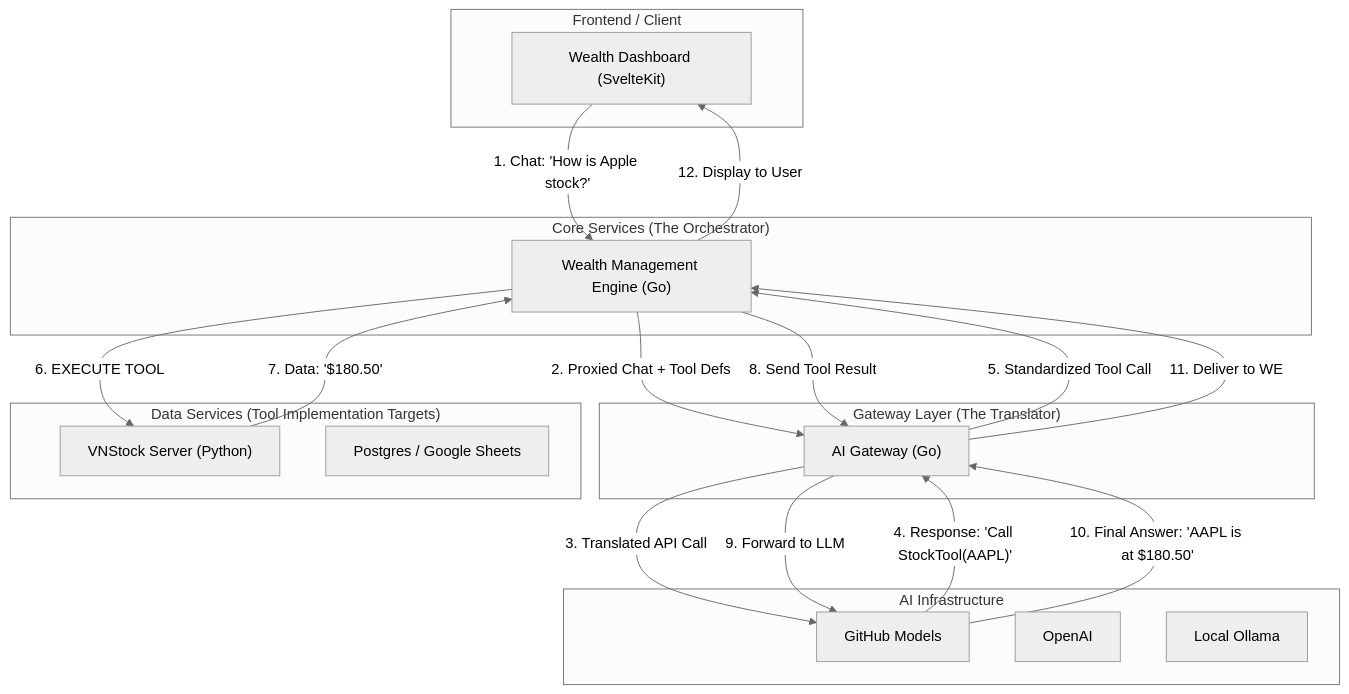
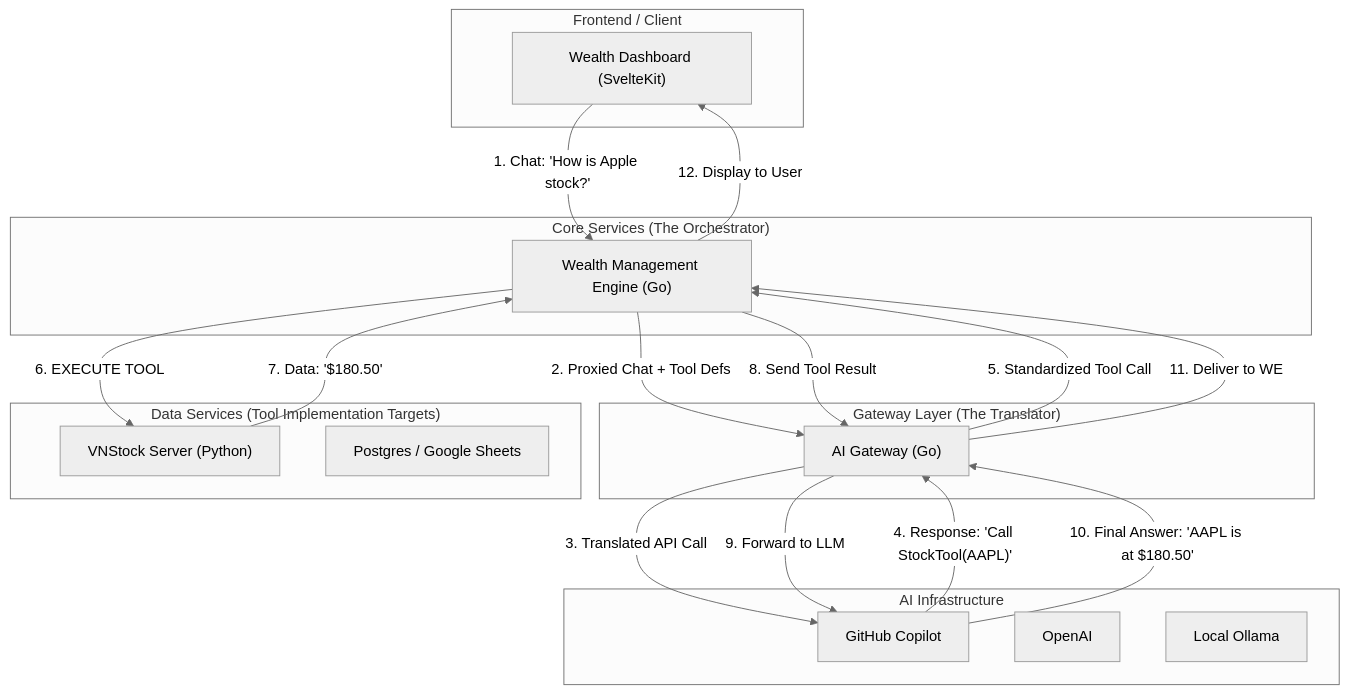
One commit to destngx/monorepo changed the diagram in docs/ai-gateway/tools/diagrams/system-architecture.md. Above: the diagram before and after it, drawn with Mermaid (neutral theme). The commit also changed 11 other files, not shown here.

Commit message:
feat(ai-gateway): add Claude Code probe and retire GitHub Models

````diff
--- a/docs/ai-gateway/tools/diagrams/system-architecture.md
+++ b/docs/ai-gateway/tools/diagrams/system-architecture.md
@@ -3,42 +3,42 @@
 ```mermaid
 graph TD
     subgraph "Frontend / Client"
         UI["Wealth Dashboard (SvelteKit)"]
     end
 
     subgraph "Core Services (The Orchestrator)"
         WE["Wealth Management Engine (Go)"]
     end
 
     subgraph "Gateway Layer (The Translator)"
         AG["AI Gateway (Go)"]
     end
 
     subgraph "Data Services (Tool Implementation Targets)"
         VN["VNStock Server (Python)"]
         DB["Postgres / Google Sheets"]
     end
 
     subgraph "AI Infrastructure"
-        GH["GitHub Models"]
+        GH["GitHub Copilot"]
         OI["OpenAI"]
         OL["Local Ollama"]
     end
 
     %% Communication Flow
     UI -- "1. Chat: 'How is Apple stock?'" --> WE
     WE -- "2. Proxied Chat + Tool Defs" --> AG
     AG -- "3. Translated API Call" --> GH
     GH -- "4. Response: 'Call StockTool(AAPL)'" --> AG
     AG -- "5. Standardized Tool Call" --> WE
 
     %% Tool Execution Phase
     WE -- "6. EXECUTE TOOL" --> VN
     VN -- "7. Data: '$180.50'" --> WE
 
     WE -- "8. Send Tool Result" --> AG
     AG -- "9. Forward to LLM" --> GH
     GH -- "10. Final Answer: 'AAPL is at $180.50'" --> AG
     AG -- "11. Deliver to WE" --> WE
     WE -- "12. Display to User" --> UI
 ```
````
